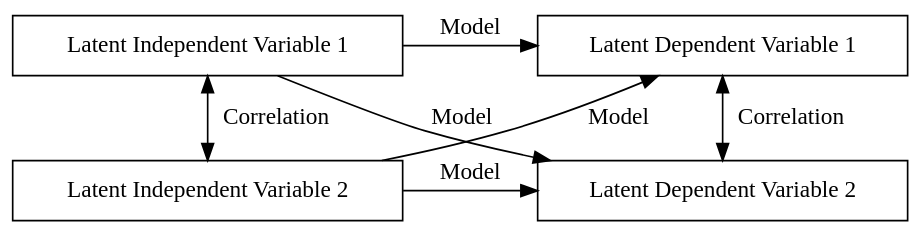
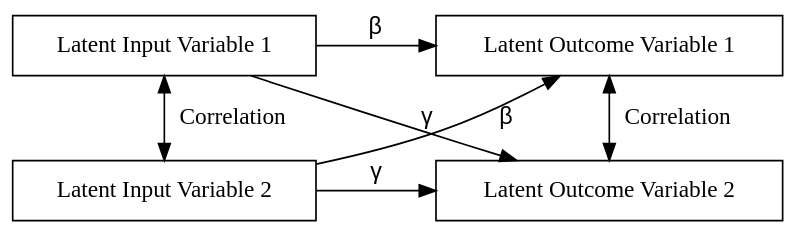
One commit to kevinli03/pspe changed the second of 2 diagrams in latent/sem.qmd. Above: the diagram before and after it, drawn with Graphviz. The commit also changed other lines of this file and 51 other files, not shown here.

````diff
--- a/latent/sem.qmd
+++ b/latent/sem.qmd
@@ -66,23 +55,23 @@
 ```{dot}
 //| fig-width: 5
 //| fig-height: 1.3
 digraph example2 {
   bgcolor="transparent";
   // Nodes
-  X1 [shape=box, label="Latent Independent Variable 1"]
-  X2 [shape=box, label="Latent Independent Variable 2"]
-  Y1 [shape=box, label="Latent Dependent Variable 1"]
-  Y2 [shape=box, label="Latent Dependent Variable 2"]
+  X1 [shape=box, label="Latent Input Variable 1"]
+  X2 [shape=box, label="Latent Input Variable 2"]
+  Y1 [shape=box, label="Latent Outcome Variable 1"]
+  Y2 [shape=box, label="Latent Outcome Variable 2"]
 
   // Edges
-  {rank=same; X1 -> Y1 [label = "Model"]}
-  {rank=same; X2 -> Y2 [label = "Model"]}
-  X1 -> Y2 [label = "Model"]
-  X2 -> Y1 [label = "Model"]
+  {rank=same; X1 -> Y1 [label=<<FONT FACE="Arial">&beta;</FONT>>]}
+  {rank=same; X2 -> Y2 [label=<<FONT FACE="Arial">&gamma;</FONT>>]}
+  X1 -> Y2 [label=<<FONT FACE="Arial">&gamma;</FONT>>]
+  X2 -> Y1 [label=<<FONT FACE="Arial">&beta;</FONT>>]
   X1 -> X2 [dir=both, label = "Correlation"]
   Y1 -> Y2 [dir=both, label = "Correlation"]
   
   graph [nodesep=0.5, ranksep=0.5]
 
 }
 ```
````
